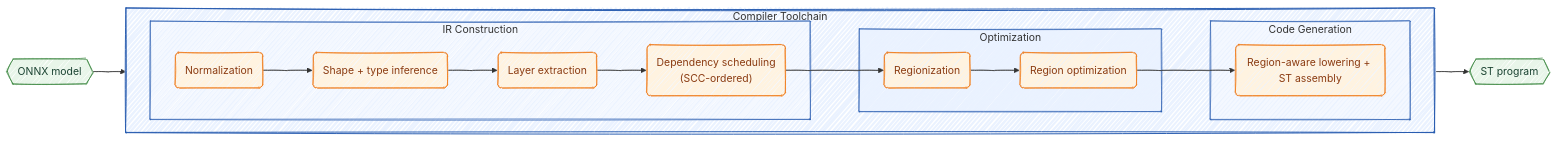
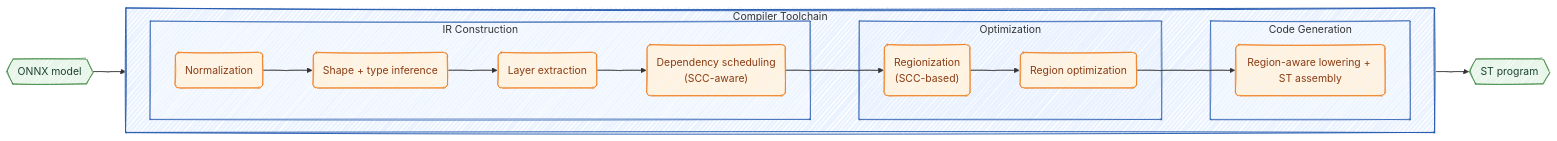
Before and after one commit to TheRealNestor/ml2plc: the diagram in imgs/pipeline.md, drawn with Mermaid. The commit also changed 2 other files, not shown here.

Commit message:
updated validation module to use non-fixed normal distribution

````diff
--- a/imgs/pipeline.md
+++ b/imgs/pipeline.md
@@ -1,51 +1,51 @@
 ```mermaid
 %%{init: {'look': 'handDrawn', 'theme': 'default'}}%%
 flowchart LR
 
     %% --- Styling ---
     classDef rep shape:hexagon,fill:#e8f5e9,stroke:#2e7d32,stroke-width:1px,color:#1b4332
     classDef action shape:rounded,fill:#fff3e0,stroke:#ef6c00,stroke-width:1px,color:#8a3b12
 
     %% --- Nodes ---
     Input{{ONNX model}}:::rep
     Output{{ST program}}:::rep
 
     %% --- IR construction ---
     Canon("Normalization"):::action
     Infer("Shape + type inference"):::action
     Extract("Layer extraction"):::action
-    Order("Dependency scheduling\n(SCC-ordered)"):::action
+    Order("Dependency scheduling\n(SCC-aware)"):::action
 
     %% --- Optimization ---
-    Regionize("Regionization"):::action
+    Regionize("Regionization\n(SCC-based)"):::action
     Optimize("Region optimization"):::action
 
     %% --- Codegen ---
     Lower("Region-aware lowering + ST assembly"):::action
 
     %% --- Connections ---
     Input --> Canon
 
     subgraph Toolchain ["Compiler Toolchain"]
         direction LR
 
         subgraph IRStage ["IR Construction"]
             Canon --> Infer --> Extract --> Order
         end
 
         subgraph OptStage ["Optimization"]
             Order --> Regionize --> Optimize
         end
 
         subgraph CodegenStage ["Code Generation"]
             Optimize --> Lower
         end
     end
 
     style Toolchain fill:#eaf2ff,stroke:#2a5db0,stroke-width:1.5px
     style IRStage fill:#f4f8ff,stroke:#2a5db0,stroke-width:1px
     style OptStage fill:#eaf2ff,stroke:#2a5db0,stroke-width:1px
     style CodegenStage fill:#f4f8ff,stroke:#2a5db0,stroke-width:1px
 
     Lower --> Output
 ```
````
